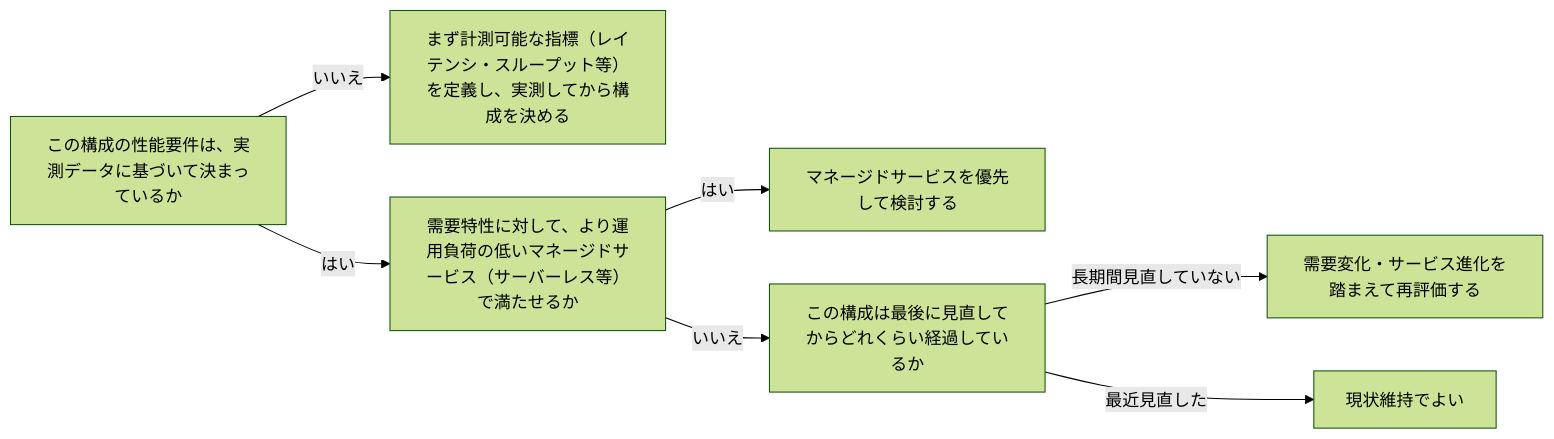
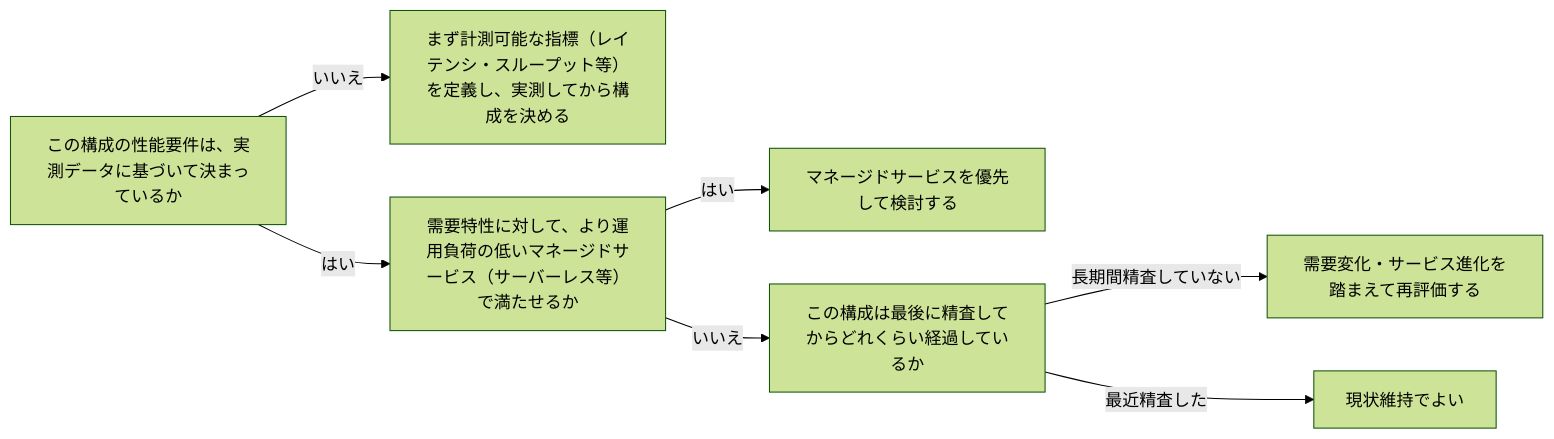
Before and after one commit to daidaiiro-519/daidaiiro: the diagram in .claude/skills/platform-advisor/references/knowledge/performance-efficiency.md, drawn with Mermaid (forest theme). The commit also changed other lines of this file and 104 other files, not shown here.

````diff
--- a/.claude/skills/platform-advisor/references/knowledge/performance-efficiency.md
+++ b/.claude/skills/platform-advisor/references/knowledge/performance-efficiency.md
@@ -46,16 +46,16 @@
 ```mermaid
 flowchart LR
     q1["この構成の性能要件は、実測データに基づいて決まっているか"]
     r1["まず計測可能な指標（レイテンシ・スループット等）を定義し、実測してから構成を決める"]
     q2["需要特性に対して、より運用負荷の低いマネージドサービス（サーバーレス等）で満たせるか"]
     r2["マネージドサービスを優先して検討する"]
-    q3["この構成は最後に見直してからどれくらい経過しているか"]
+    q3["この構成は最後に精査してからどれくらい経過しているか"]
     r3["需要変化・サービス進化を踏まえて再評価する"]
     r4["現状維持でよい"]
     q1 -->|"いいえ"| r1
     q1 -->|"はい"| q2
     q2 -->|"はい"| r2
     q2 -->|"いいえ"| q3
-    q3 -->|"長期間見直していない"| r3
-    q3 -->|"最近見直した"| r4
+    q3 -->|"長期間精査していない"| r3
+    q3 -->|"最近精査した"| r4
 ```
````
